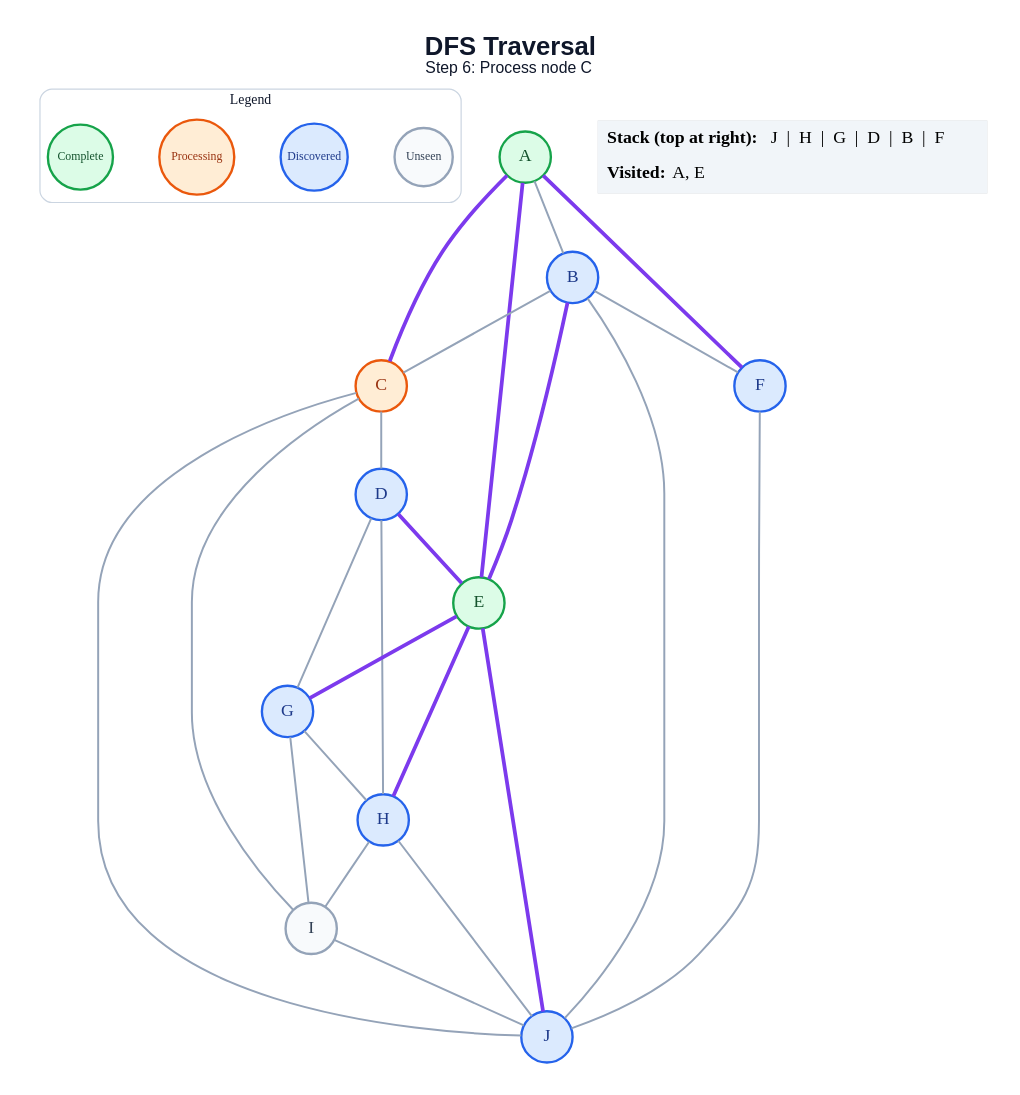
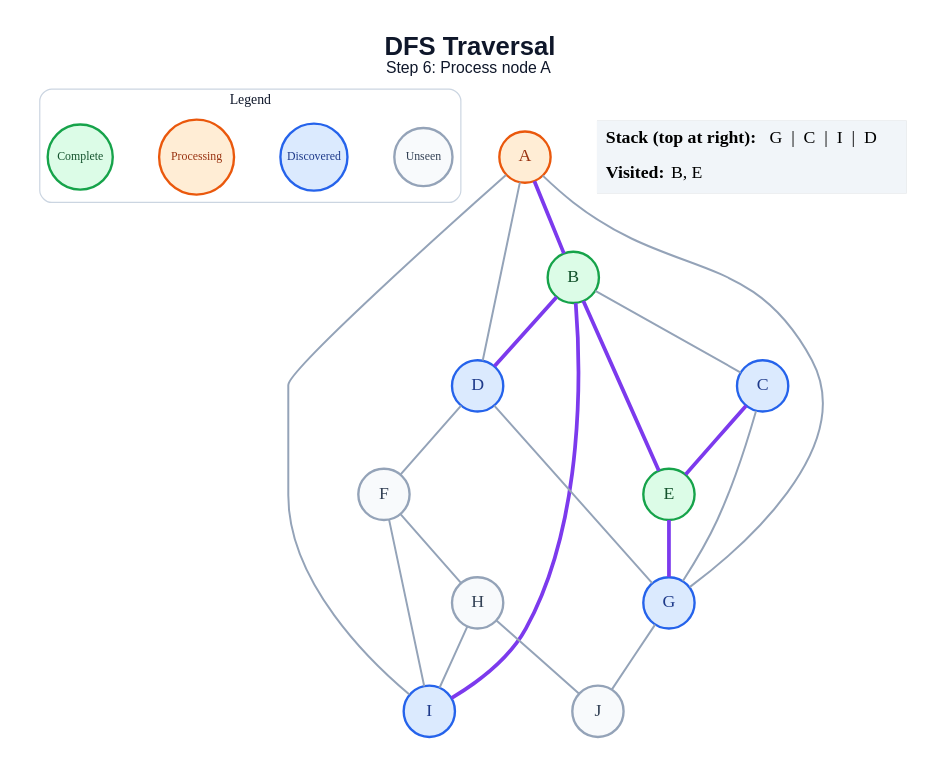
Before and after one commit to amanghodawala9/ai-slop: the diagram in generated/specific-node/dfs/step_06.dot, drawn with Graphviz. The commit also changed 178 other files, not shown here.

```diff
--- a/generated/specific-node/dfs/step_06.dot
+++ b/generated/specific-node/dfs/step_06.dot
@@ -1,52 +1,47 @@
 graph traversal {
   graph [layout=dot, rankdir=TB, bgcolor="#FFFFFF", pad="0.35", nodesep="0.65", ranksep="0.8", fontname="Arial"];
   node [shape=circle, style="filled", fontname="Arial Bold", fontsize=18, width=0.72, fixedsize=true, penwidth=2.4];
   edge [color="#94A3B8", penwidth=2.0];
-  label=<<B>DFS Traversal</B><BR/><FONT POINT-SIZE="16">Step 6: Process node C</FONT>>; labelloc="t"; fontsize=26; fontname="Arial"; fontcolor="#0F172A";
+  label=<<B>DFS Traversal</B><BR/><FONT POINT-SIZE="16">Step 6: Process node A</FONT>>; labelloc="t"; fontsize=26; fontname="Arial"; fontcolor="#0F172A";
   subgraph cluster_legend { label="Legend"; color="#CBD5E1"; penwidth=1.2; style="rounded"; fontsize=14; fontname="Arial Bold";
     key_unseen [label="Unseen", fillcolor="#F8FAFC", color="#94A3B8", fontcolor="#334155", fontsize=12, width=0.82];
     key_frontier [label="Discovered", fillcolor="#DBEAFE", color="#2563EB", fontcolor="#1E3A8A", fontsize=12, width=0.95];
     key_current [label="Processing", fillcolor="#FFEDD5", color="#EA580C", fontcolor="#9A3412", fontsize=12, width=1.05];
     key_done [label="Complete", fillcolor="#DCFCE7", color="#16A34A", fontcolor="#14532D", fontsize=12, width=0.92];
     { rank=same; key_unseen; key_frontier; key_current; key_done; }
   }
-  A [fillcolor="#DCFCE7", color="#16A34A", fontcolor="#14532D"];
-  B [fillcolor="#DBEAFE", color="#2563EB", fontcolor="#1E3A8A"];
-  C [fillcolor="#FFEDD5", color="#EA580C", fontcolor="#9A3412"];
+  A [fillcolor="#FFEDD5", color="#EA580C", fontcolor="#9A3412"];
+  B [fillcolor="#DCFCE7", color="#16A34A", fontcolor="#14532D"];
+  C [fillcolor="#DBEAFE", color="#2563EB", fontcolor="#1E3A8A"];
   D [fillcolor="#DBEAFE", color="#2563EB", fontcolor="#1E3A8A"];
   E [fillcolor="#DCFCE7", color="#16A34A", fontcolor="#14532D"];
-  F [fillcolor="#DBEAFE", color="#2563EB", fontcolor="#1E3A8A"];
+  F [fillcolor="#F8FAFC", color="#94A3B8", fontcolor="#334155"];
   G [fillcolor="#DBEAFE", color="#2563EB", fontcolor="#1E3A8A"];
-  H [fillcolor="#DBEAFE", color="#2563EB", fontcolor="#1E3A8A"];
-  I [fillcolor="#F8FAFC", color="#94A3B8", fontcolor="#334155"];
-  J [fillcolor="#DBEAFE", color="#2563EB", fontcolor="#1E3A8A"];
-  A -- B;
-  A -- C [color="#7C3AED", penwidth=3.8];
-  A -- E [color="#7C3AED", penwidth=3.8];
-  A -- F [color="#7C3AED", penwidth=3.8];
+  H [fillcolor="#F8FAFC", color="#94A3B8", fontcolor="#334155"];
+  I [fillcolor="#DBEAFE", color="#2563EB", fontcolor="#1E3A8A"];
+  J [fillcolor="#F8FAFC", color="#94A3B8", fontcolor="#334155"];
+  A -- B [color="#7C3AED", penwidth=3.8];
+  A -- D;
+  A -- G;
+  A -- I;
   B -- C;
+  B -- D [color="#7C3AED", penwidth=3.8];
   B -- E [color="#7C3AED", penwidth=3.8];
-  B -- F;
-  B -- J;
-  C -- D;
-  C -- I;
-  C -- J;
-  D -- E [color="#7C3AED", penwidth=3.8];
+  B -- I [color="#7C3AED", penwidth=3.8];
+  C -- E [color="#7C3AED", penwidth=3.8];
+  C -- G;
+  D -- F;
   D -- G;
-  D -- H;
   E -- G [color="#7C3AED", penwidth=3.8];
-  E -- H [color="#7C3AED", penwidth=3.8];
-  E -- J [color="#7C3AED", penwidth=3.8];
-  F -- J;
-  G -- H;
-  G -- I;
+  F -- H;
+  F -- I;
+  G -- J;
   H -- I;
   H -- J;
-  I -- J;
   status [shape=plain, fixedsize=false, width=0, height=0, margin=0, label=<
     <TABLE BORDER="0" CELLBORDER="0" CELLPADDING="7" BGCOLOR="#F1F5F9">
-      <TR><TD ALIGN="LEFT"><B>Stack (top at right):</B> J  |  H  |  G  |  D  |  B  |  F</TD></TR>
-      <TR><TD ALIGN="LEFT"><B>Visited:</B> A, E</TD></TR>
+      <TR><TD ALIGN="LEFT"><B>Stack (top at right):</B> G  |  C  |  I  |  D</TD></TR>
+      <TR><TD ALIGN="LEFT"><B>Visited:</B> B, E</TD></TR>
     </TABLE>
   >];
 }
```
